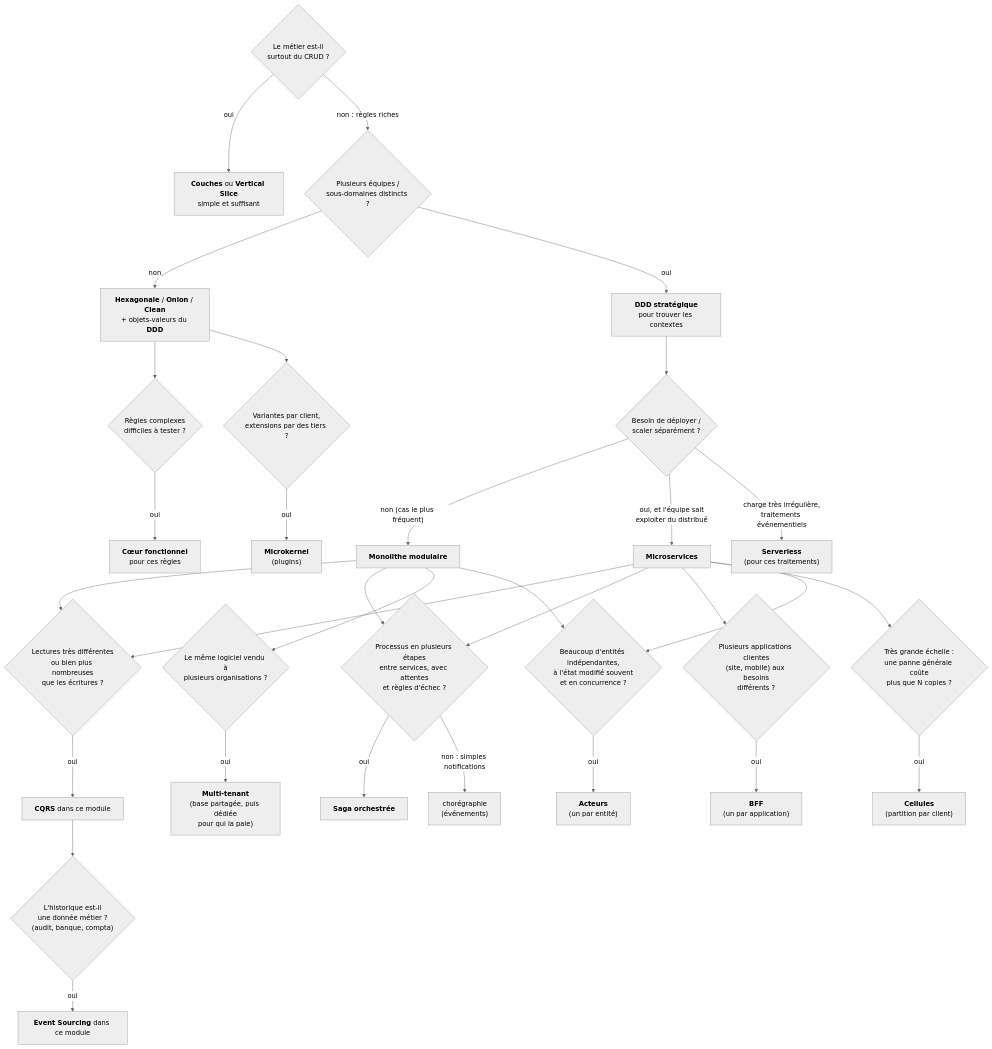
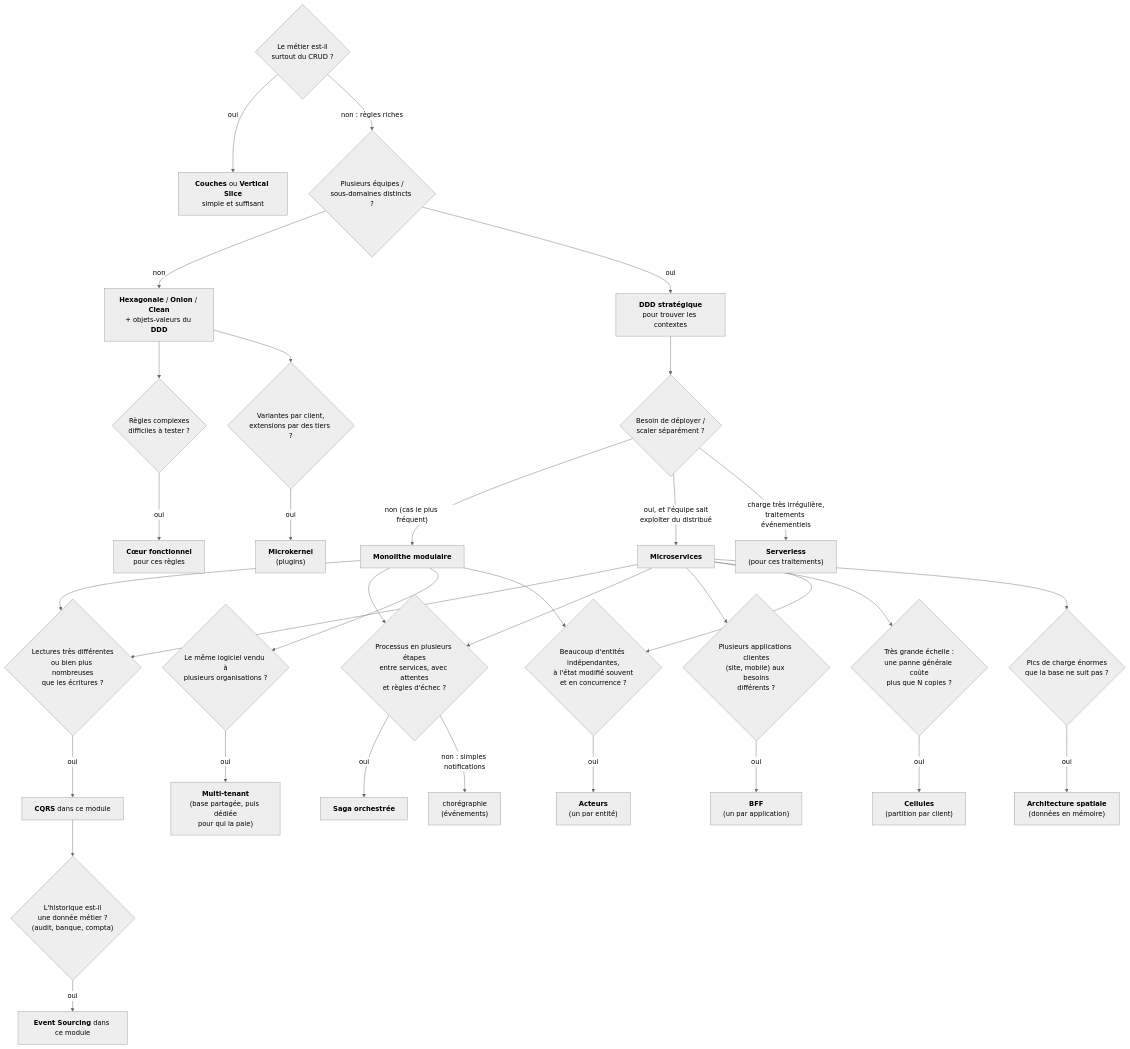
The third of 4 diagrams in Docs/README.md (drangoht/ArchitecturesDemo), drawn with Mermaid (neutral theme) before and after one commit. The commit also changed other lines of this file and 27 other files, not shown here.

First line of the commit message:
Ajoute la démo Architecture spatiale (space-based)

````diff
--- a/Docs/README.md
+++ b/Docs/README.md
@@ -110,33 +112,35 @@
 ```mermaid
 flowchart TD
     A{"Le métier est-il<br/>surtout du CRUD ?"} -->|oui| B["<b>Couches</b> ou <b>Vertical Slice</b><br/>simple et suffisant"]
     A -->|"non : règles riches"| C{"Plusieurs équipes /<br/>sous-domaines distincts ?"}
     C -->|non| D["<b>Hexagonale</b> / <b>Onion</b> / <b>Clean</b><br/>+ objets-valeurs du <b>DDD</b>"]
     C -->|oui| E["<b>DDD stratégique</b><br/>pour trouver les contextes"]
     E --> F{"Besoin de déployer /<br/>scaler séparément ?"}
     F -->|"non (cas le plus fréquent)"| G["<b>Monolithe modulaire</b>"]
     F -->|"oui, et l'équipe sait<br/>exploiter du distribué"| H["<b>Microservices</b>"]
     F -->|"charge très irrégulière,<br/>traitements événementiels"| S["<b>Serverless</b><br/>(pour ces traitements)"]
     G --> I{"Lectures très différentes<br/>ou bien plus nombreuses<br/>que les écritures ?"}
     H --> I
     I -->|oui| J["<b>CQRS</b> dans ce module"]
     J --> K{"L'historique est-il<br/>une donnée métier ?<br/>(audit, banque, compta)"}
     K -->|oui| L["<b>Event Sourcing</b> dans ce module"]
     D --> M{"Règles complexes<br/>difficiles à tester ?"}
     M -->|oui| N["<b>Cœur fonctionnel</b><br/>pour ces règles"]
     D --> P{"Variantes par client,<br/>extensions par des tiers ?"}
     P -->|oui| Q["<b>Microkernel</b><br/>(plugins)"]
     H --> T{"Processus en plusieurs étapes<br/>entre services, avec attentes<br/>et règles d'échec ?"}
     G --> T
     T -->|oui| U["<b>Saga orchestrée</b>"]
     T -->|"non : simples notifications"| V["chorégraphie<br/>(événements)"]
     G --> W{"Le même logiciel vendu à<br/>plusieurs organisations ?"}
     W -->|oui| X["<b>Multi-tenant</b><br/>(base partagée, puis dédiée<br/>pour qui la paie)"]
     H --> Y{"Plusieurs applications clientes<br/>(site, mobile) aux besoins<br/>différents ?"}
     Y -->|oui| Z["<b>BFF</b><br/>(un par application)"]
     H --> CA{"Très grande échelle :<br/>une panne générale coûte<br/>plus que N copies ?"}
     CA -->|oui| CB["<b>Cellules</b><br/>(partition par client)"]
     G --> AC{"Beaucoup d'entités indépendantes,<br/>à l'état modifié souvent<br/>et en concurrence ?"}
     H --> AC
     AC -->|oui| AD["<b>Acteurs</b><br/>(un par entité)"]
+    H --> SB{"Pics de charge énormes<br/>que la base ne suit pas ?"}
+    SB -->|oui| SC["<b>Architecture spatiale</b><br/>(données en mémoire)"]
 ```
````
